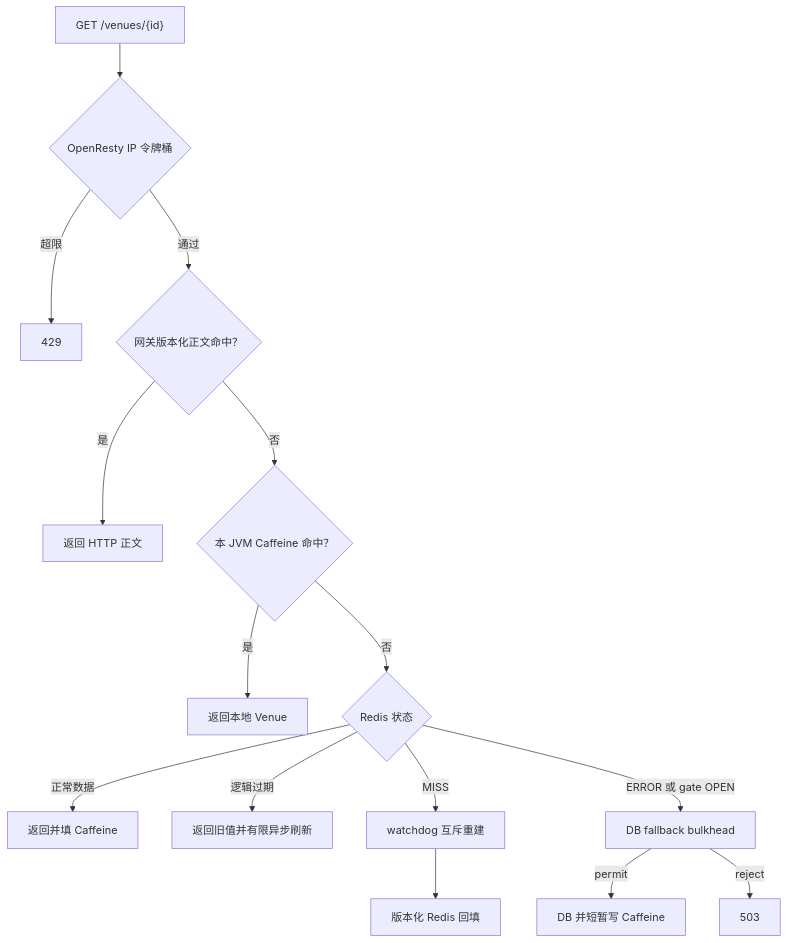
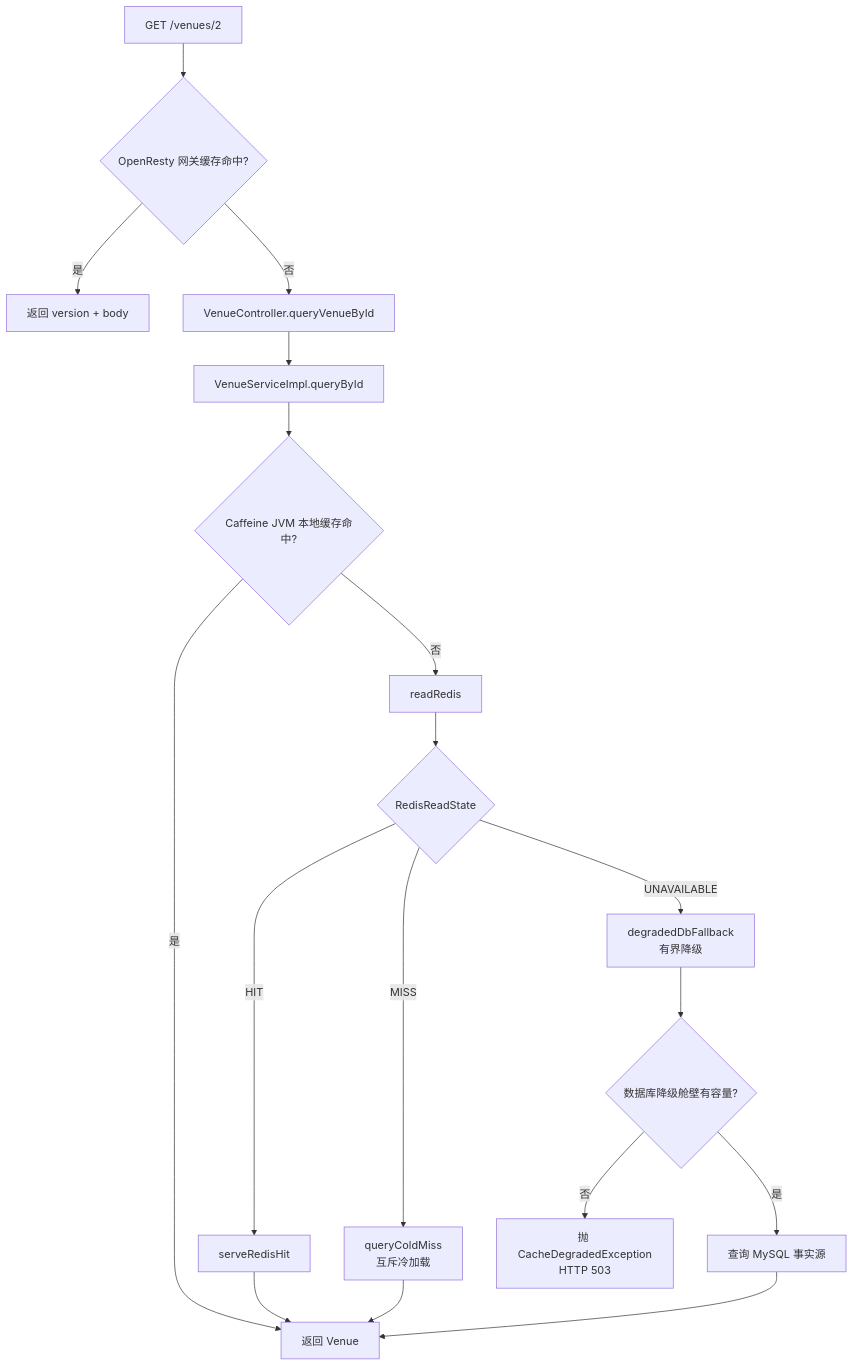
One commit to SyH-101/citypass-platform changed the second of 15 diagrams in 02-多级缓存一致性.md. Above: the diagram before and after it, drawn with Mermaid. The commit also changed other lines of this file, not shown here.

Commit message:
docs: restructure multi-level cache learning guide

````diff
--- a/02-多级缓存一致性.md
+++ b/02-多级缓存一致性.md
@@ -107,17 +164,20 @@
 ```mermaid
 flowchart TD
-    A["GET /venues/{id}"] --> B{"OpenResty IP 令牌桶"}
-    B -->|超限| C["429"]
-    B -->|通过| D{"网关版本化正文命中？"}
-    D -->|是| E["返回 HTTP 正文"]
-    D -->|否| F{"本 JVM Caffeine 命中？"}
-    F -->|是| G["返回本地 Venue"]
-    F -->|否| H{"Redis 状态"}
-    H -->|正常数据| I["返回并填 Caffeine"]
-    H -->|逻辑过期| J["返回旧值并有限异步刷新"]
-    H -->|MISS| K["watchdog 互斥重建"]
-    H -->|ERROR 或 gate OPEN| L["DB fallback bulkhead"]
-    K --> M["版本化 Redis 回填"]
-    L -->|permit| N["DB 并短暂写 Caffeine"]
-    L -->|reject| O["503"]
+    A["GET /venues/2"] --> B{"OpenResty 网关缓存命中?"}
+    B -- "是" --> B1["返回 version + body"]
+    B -- "否" --> C["VenueController.queryVenueById"]
+    C --> D["VenueServiceImpl.queryById"]
+    D --> E{"Caffeine JVM 本地缓存命中?"}
+    E -- "是" --> Z["返回 Venue"]
+    E -- "否" --> F["readRedis"]
+    F --> G{"RedisReadState"}
+    G -- "HIT" --> H["serveRedisHit"]
+    G -- "MISS" --> I["queryColdMiss<br/>互斥冷加载"]
+    G -- "UNAVAILABLE" --> J["degradedDbFallback<br/>有界降级"]
+    H --> Z
+    I --> Z
+    J --> K{"数据库降级舱壁有容量?"}
+    K -- "是" --> L["查询 MySQL 事实源"]
+    K -- "否" --> M["抛 CacheDegradedException<br/>HTTP 503"]
+    L --> Z
 ```
````
